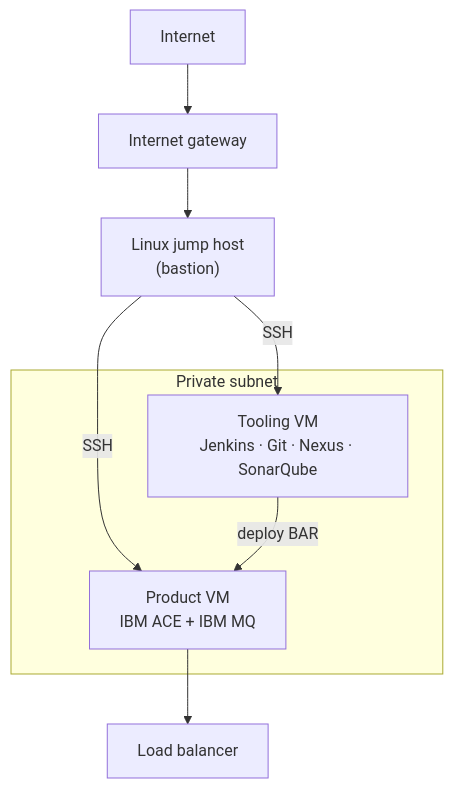
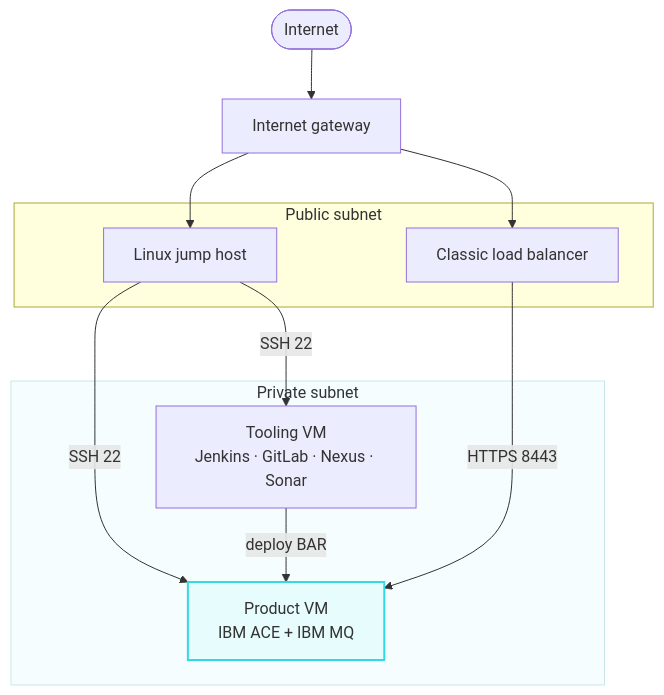
Before and after one commit to srujanachalluri/srujana-portfolio: the tenth of 11 diagrams in src/content/case-studies/ibm-ace-enterprise-integration.md, drawn with Mermaid. The commit also changed other lines of this file and 5 other files, not shown here.

````diff
--- a/src/content/case-studies/ibm-ace-enterprise-integration.md
+++ b/src/content/case-studies/ibm-ace-enterprise-integration.md
@@ -86,13 +609,24 @@
 ```mermaid
 flowchart TB
-  NET[Internet] --> IGW[Internet gateway]
-  IGW --> JH["Linux jump host<br/>(bastion)"]
-  subgraph private ["Private subnet"]
+  NET(["Internet"]) --> IGW["Internet gateway"]
+
+  subgraph PUB ["Public subnet"]
+    JH["Linux jump host"]
+    LB["Classic load balancer"]
+  end
+
+  subgraph PRIV ["Private subnet"]
     ACE["Product VM<br/>IBM ACE + IBM MQ"]
-    TOOLS["Tooling VM<br/>Jenkins · Git · Nexus · SonarQube"]
+    TOOLS["Tooling VM<br/>Jenkins · GitLab · Nexus · Sonar"]
   end
-  JH -->|SSH| ACE
-  JH -->|SSH| TOOLS
+
+  IGW --> JH
+  IGW --> LB
+  JH -->|"SSH 22"| ACE
+  JH -->|"SSH 22"| TOOLS
   TOOLS -->|"deploy BAR"| ACE
-  ACE --> LB[Load balancer]
+  LB -->|"HTTPS 8443"| ACE
+
+  style ACE fill:#e6fcfd,stroke:#33d9e4,stroke-width:2px
+  style PRIV fill:#f5fdfe,stroke:#c9e7ea
 ```
````
